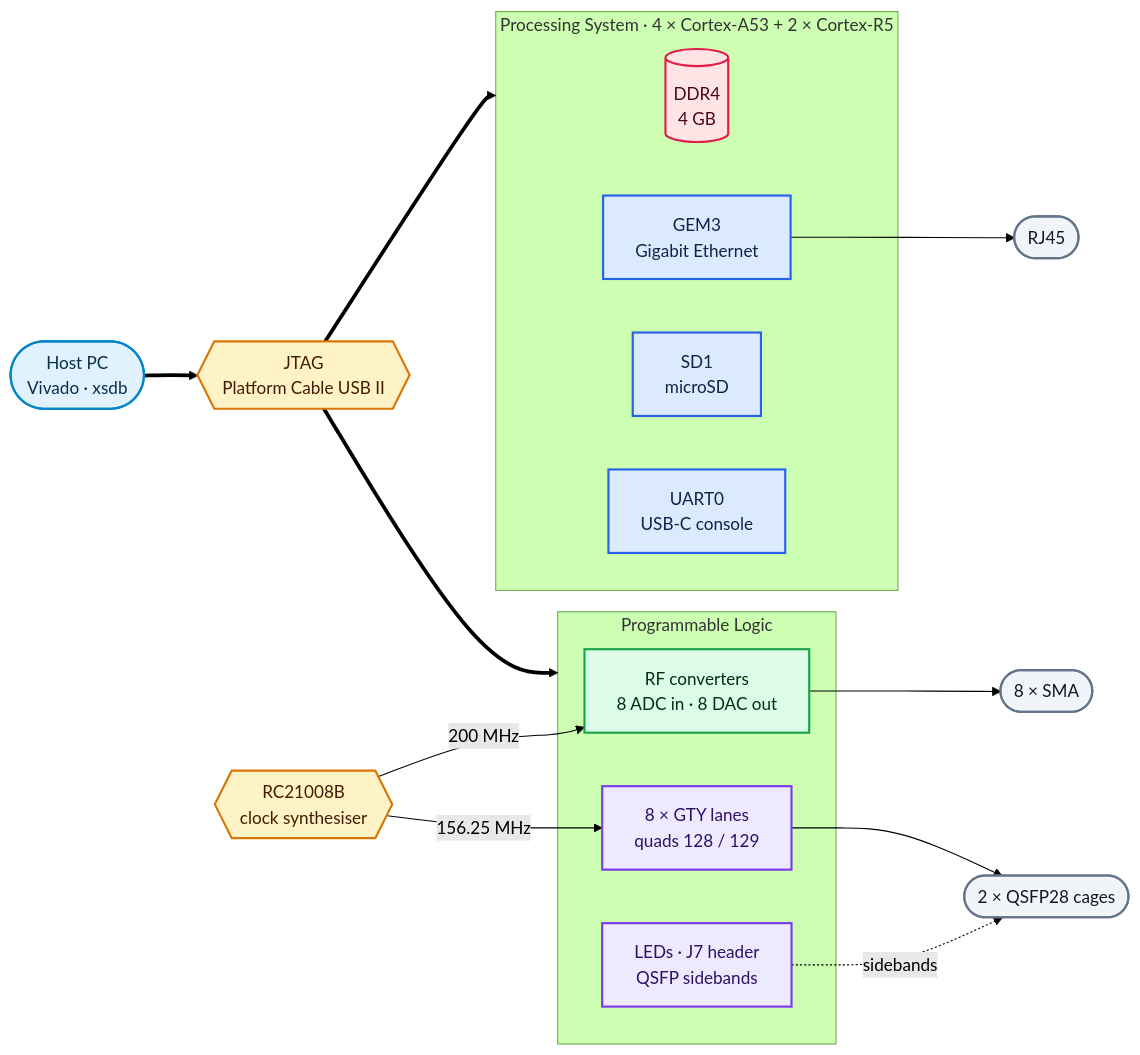
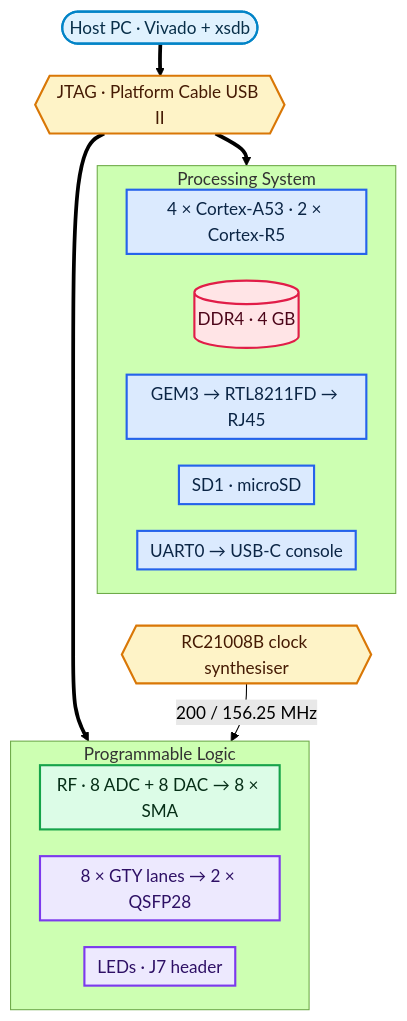
Before and after one commit to JutsFunFor/xczu27dr-rfsoc: the diagram in README.md, drawn with Mermaid (forest theme). The commit also changed other lines of this file and 7 other files, not shown here.

````diff
--- a/README.md
+++ b/README.md
@@ -36,47 +28,39 @@
 ```mermaid
-flowchart LR
-  HOST(["Host PC<br/>Vivado · xsdb"])
-  JTAG{{"JTAG<br/>Platform Cable USB II"}}
+%%{init: {"flowchart": {"nodeSpacing": 25, "rankSpacing": 30, "padding": 6}}}%%
+flowchart TD
+  HOST(["Host PC · Vivado + xsdb"])
+  JTAG{{"JTAG · Platform Cable USB II"}}
   HOST ==> JTAG
+  JTAG ==> PS
+  JTAG ==> PL
+  PS ~~~ CLK
+  CLK{{"RC21008B clock synthesiser"}} -->|"200 / 156.25 MHz"| PL
 
-  subgraph PS["Processing System · 4 × Cortex-A53 + 2 × Cortex-R5"]
-    DDR[("DDR4<br/>4 GB")]
-    GEM["GEM3<br/>Gigabit Ethernet"]
-    SD["SD1<br/>microSD"]
-    UART["UART0<br/>USB-C console"]
+  subgraph PS["Processing System"]
+    CPU["4 × Cortex-A53 · 2 × Cortex-R5"]
+    DDR[("DDR4 · 4 GB")]
+    GEM["GEM3 → RTL8211FD → RJ45"]
+    SD["SD1 · microSD"]
+    UART["UART0 → USB-C console"]
   end
 
   subgraph PL["Programmable Logic"]
-    RF["RF converters<br/>8 ADC in · 8 DAC out"]
-    GTY["8 × GTY lanes<br/>quads 128 / 129"]
-    IO["LEDs · J7 header<br/>QSFP sidebands"]
+    RF["RF · 8 ADC + 8 DAC → 8 × SMA"]
+    GTY["8 × GTY lanes → 2 × QSFP28"]
+    IO["LEDs · J7 header"]
   end
-
-  CLK{{"RC21008B<br/>clock synthesiser"}}
-  CLK -->|"200 MHz"| RF
-  CLK -->|"156.25 MHz"| GTY
-
-  JTAG ==> PS
-  JTAG ==> PL
-
-  GEM --> RJ(["RJ45"])
-  RF --> SMA(["8 × SMA"])
-  GTY --> QS(["2 × QSFP28 cages"])
-  IO -.->|"sidebands"| QS
 
   classDef ps   fill:#dbeafe,stroke:#2563eb,stroke-width:2px,color:#0b2545
   classDef pl   fill:#ede9fe,stroke:#7c3aed,stroke-width:2px,color:#2e1065
   classDef clk  fill:#fef3c7,stroke:#d97706,stroke-width:2px,color:#451a03
   classDef rf   fill:#dcfce7,stroke:#16a34a,stroke-width:2px,color:#052e16
   classDef mem  fill:#ffe4e6,stroke:#e11d48,stroke-width:2px,color:#4c0519
-  classDef ext  fill:#f1f5f9,stroke:#64748b,stroke-width:2px,color:#0f172a
   classDef host fill:#e0f2fe,stroke:#0284c7,stroke-width:2px,color:#082f49
 
-  class GEM,SD,UART ps
+  class CPU,GEM,SD,UART ps
   class DDR mem
   class GTY,IO pl
   class RF rf
   class CLK,JTAG clk
-  class RJ,SMA,QS ext
   class HOST host
 ```
````
